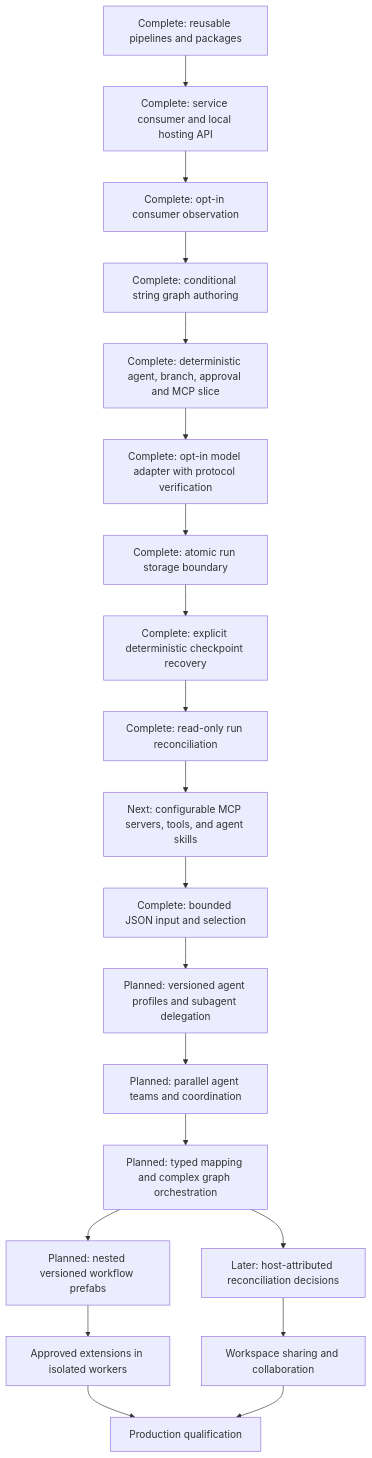
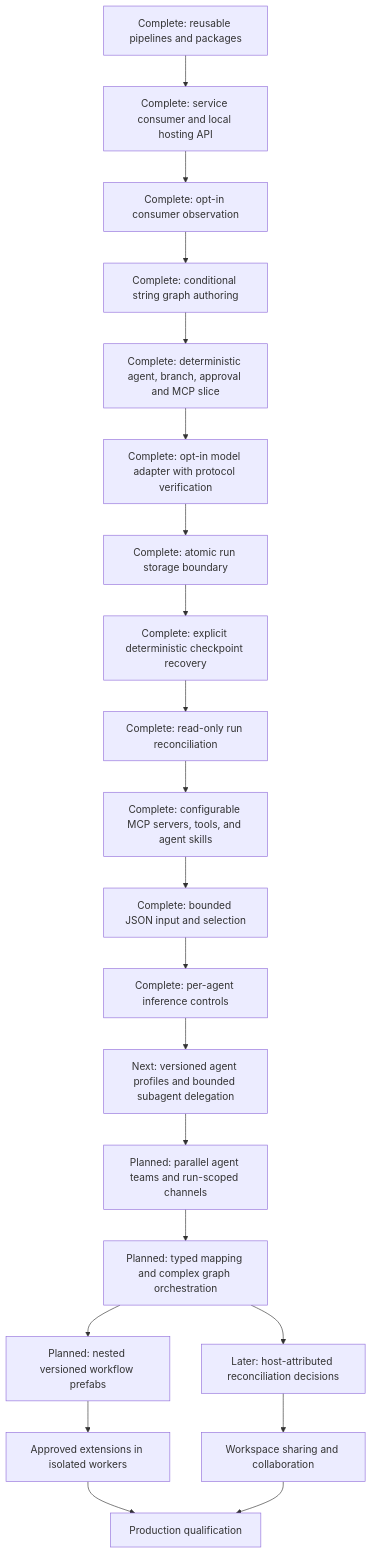
One commit to gnalvesteffer/visual-agent-workflow changed the diagram in docs/roadmap.md. Above: the diagram before and after it, drawn with Mermaid. The commit also changed other lines of this file, not shown here.

Commit message:
Set agent profiles as the next roadmap milestone

````diff
--- a/docs/roadmap.md
+++ b/docs/roadmap.md
@@ -82,22 +82,23 @@
 ```mermaid
 flowchart TD
     Reuse["Complete: reusable pipelines and packages"] --> Hosting["Complete: service consumer and local hosting API"]
     Hosting --> Observe["Complete: opt-in consumer observation"]
     Observe --> Graph["Complete: conditional string graph authoring"]
     Graph --> Vertical["Complete: deterministic agent, branch, approval and MCP slice"]
     Vertical --> Models["Complete: opt-in model adapter with protocol verification"]
     Models --> Store["Complete: atomic run storage boundary"]
     Store --> Recovery["Complete: explicit deterministic checkpoint recovery"]
     Recovery --> Assess["Complete: read-only run reconciliation"]
-    Assess --> Agents["Next: configurable MCP servers, tools, and agent skills"]
+    Assess --> Agents["Complete: configurable MCP servers, tools, and agent skills"]
     Agents --> JsonData["Complete: bounded JSON input and selection"]
-    JsonData --> Delegation["Planned: versioned agent profiles and subagent delegation"]
-    Delegation --> Teams["Planned: parallel agent teams and coordination"]
+    JsonData --> Controls["Complete: per-agent inference controls"]
+    Controls --> Delegation["Next: versioned agent profiles and bounded subagent delegation"]
+    Delegation --> Teams["Planned: parallel agent teams and run-scoped channels"]
     Teams --> Orchestration["Planned: typed mapping and complex graph orchestration"]
     Orchestration --> Assets["Planned: nested versioned workflow prefabs"]
     Orchestration --> Durable["Later: host-attributed reconciliation decisions"]
     Assets --> Extensions["Approved extensions in isolated workers"]
     Durable --> Collaboration["Workspace sharing and collaboration"]
     Extensions --> Production["Production qualification"]
     Collaboration --> Production
 ```
````
